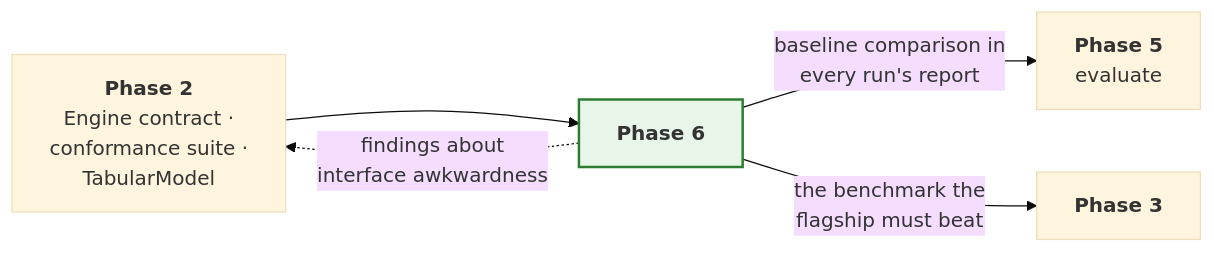
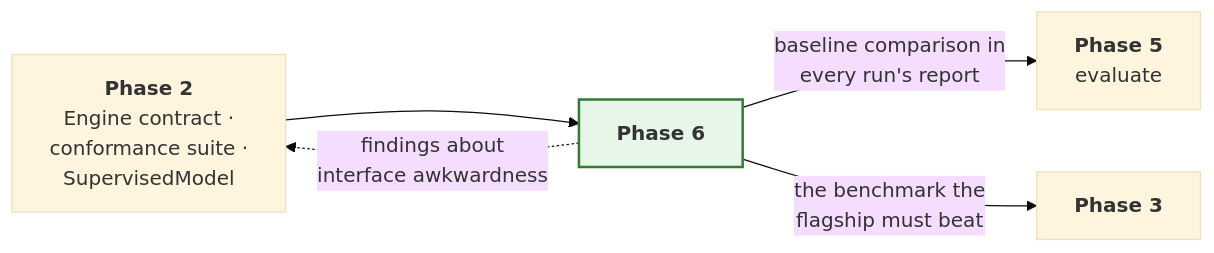
Before and after one commit to JStevens95/QuantStrata: the first of 2 diagrams in src/rade_qnet/docs/phases/PHASE_6_ADDITIONAL_ENGINES.md, drawn with Mermaid (base theme). The commit also changed other lines of this file and 118 other files, not shown here.

````diff
--- a/src/rade_qnet/docs/phases/PHASE_6_ADDITIONAL_ENGINES.md
+++ b/src/rade_qnet/docs/phases/PHASE_6_ADDITIONAL_ENGINES.md
@@ -252,8 +252,8 @@
 ```mermaid
 flowchart LR
-    P2["<b>Phase 2</b><br/>Engine contract ·<br/>conformance suite ·<br/>TabularModel"] --> P6["<b>Phase 6</b>"]
+    P2["<b>Phase 2</b><br/>Engine contract ·<br/>conformance suite ·<br/>SupervisedModel"] --> P6["<b>Phase 6</b>"]
     P6 -->|"baseline comparison in<br/>every run's report"| P5["<b>Phase 5</b><br/>evaluate"]
     P6 -->|"the benchmark the<br/>flagship must beat"| P3["<b>Phase 3</b>"]
     P6 -.->|"findings about<br/>interface awkwardness"| P2
     style P6 fill:#e8f5e9,stroke:#2e7d32,stroke-width:2px
 ```
````
